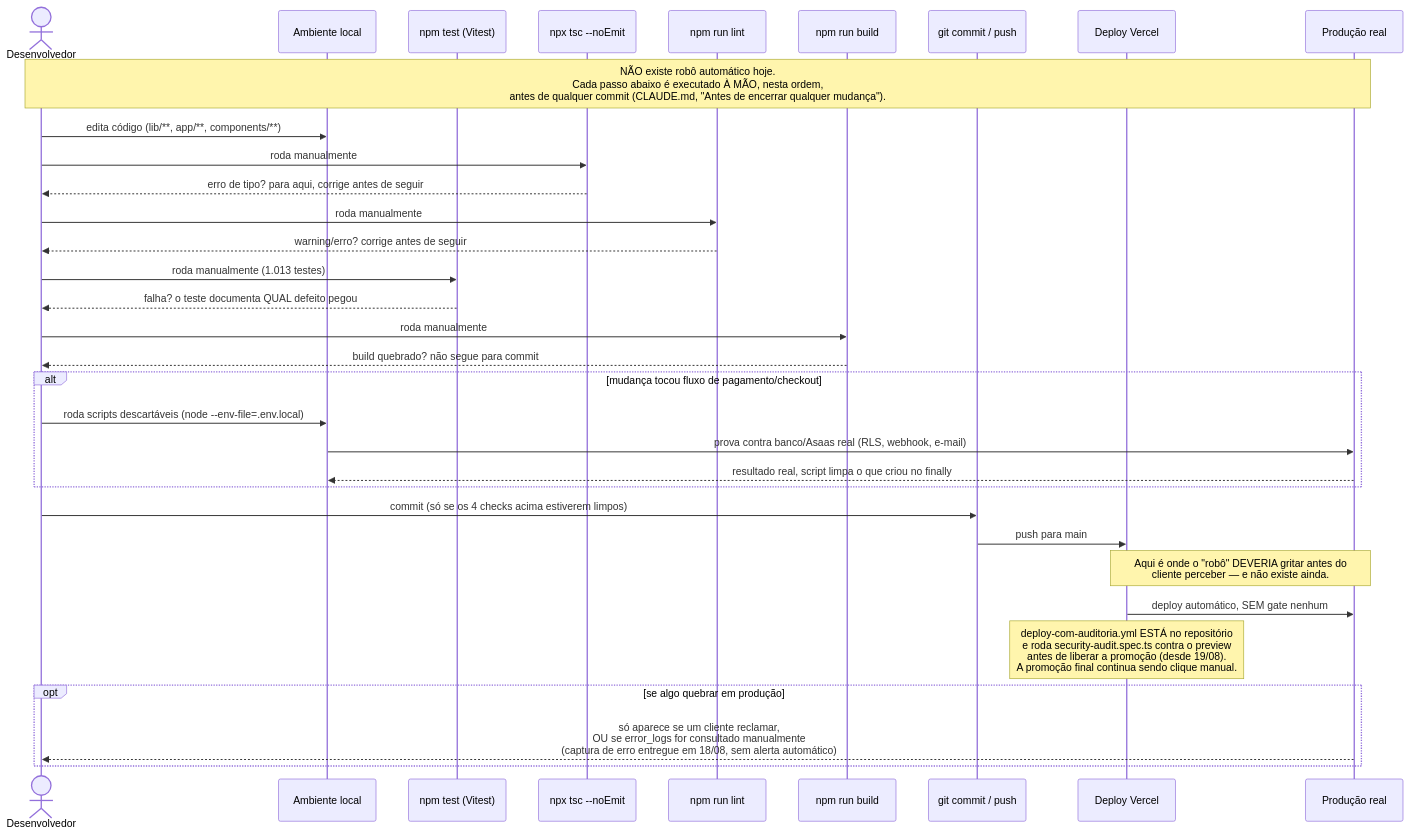
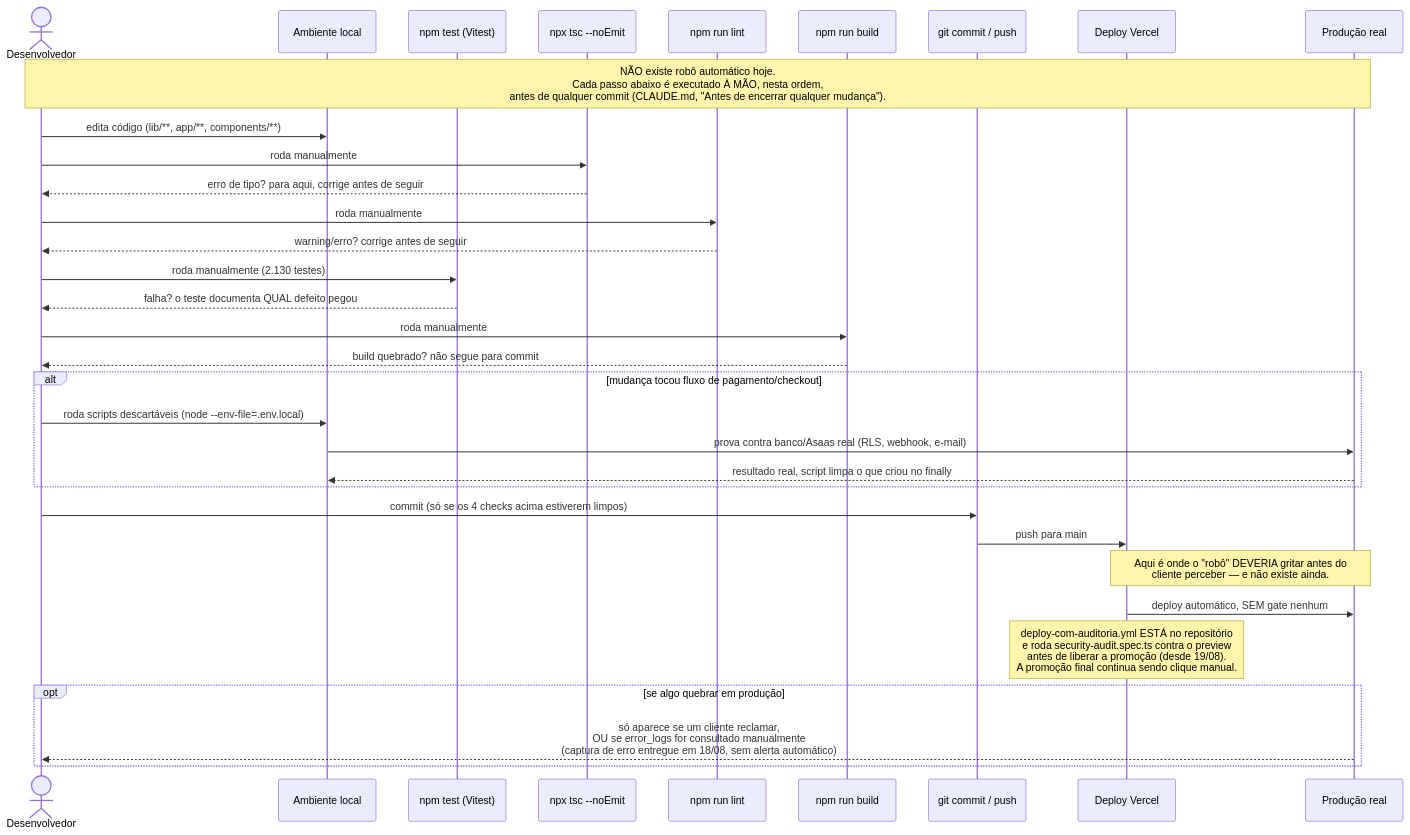
Before and after one commit to rickcruzzz/closify-crm: the second of 2 diagrams in docs/testes.md, drawn with Mermaid. The commit also changed other lines of this file and 6 other files, not shown here.

````diff
--- a/docs/testes.md
+++ b/docs/testes.md
@@ -165,42 +171,42 @@
 ```mermaid
 sequenceDiagram
     actor Dev as Desenvolvedor
     participant Local as Ambiente local
     participant Vitest as npm test (Vitest)
     participant TSC as npx tsc --noEmit
     participant Lint as npm run lint
     participant Build as npm run build
     participant Git as git commit / push
     participant Vercel as Deploy Vercel
     participant Prod as Produção real
 
     Note over Dev,Prod: NÃO existe robô automático hoje.<br/>Cada passo abaixo é executado À MÃO, nesta ordem,<br/>antes de qualquer commit (CLAUDE.md, "Antes de encerrar qualquer mudança").
 
     Dev->>Local: edita código (lib/**, app/**, components/**)
     Dev->>TSC: roda manualmente
     TSC-->>Dev: erro de tipo? para aqui, corrige antes de seguir
     Dev->>Lint: roda manualmente
     Lint-->>Dev: warning/erro? corrige antes de seguir
-    Dev->>Vitest: roda manualmente (1.013 testes)
+    Dev->>Vitest: roda manualmente (2.130 testes)
     Vitest-->>Dev: falha? o teste documenta QUAL defeito pegou
     Dev->>Build: roda manualmente
     Build-->>Dev: build quebrado? não segue para commit
 
     alt mudança tocou fluxo de pagamento/checkout
         Dev->>Local: roda scripts descartáveis (node --env-file=.env.local)
         Local->>Prod: prova contra banco/Asaas real (RLS, webhook, e-mail)
         Prod-->>Local: resultado real, script limpa o que criou no finally
     end
 
     Dev->>Git: commit (só se os 4 checks acima estiverem limpos)
     Git->>Vercel: push para main
 
     Note over Vercel,Prod: Aqui é onde o "robô" DEVERIA gritar antes do<br/>cliente perceber — e não existe ainda.
 
     Vercel->>Prod: deploy automático, SEM gate nenhum
     Note over Vercel: deploy-com-auditoria.yml ESTÁ no repositório<br/>e roda security-audit.spec.ts contra o preview<br/>antes de liberar a promoção (desde 19/08).<br/>A promoção final continua sendo clique manual.
 
     opt se algo quebrar em produção
         Prod-->>Dev: só aparece se um cliente reclamar,<br/>OU se error_logs for consultado manualmente<br/>(captura de erro entregue em 18/08, sem alerta automático)
     end
 ```
````
